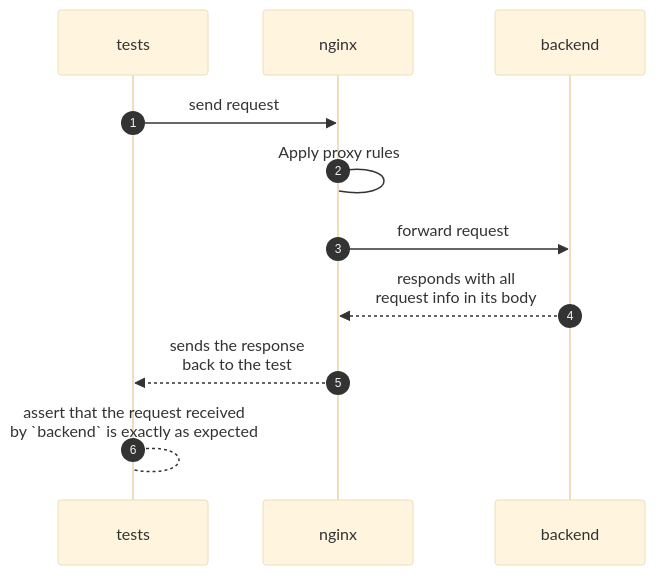
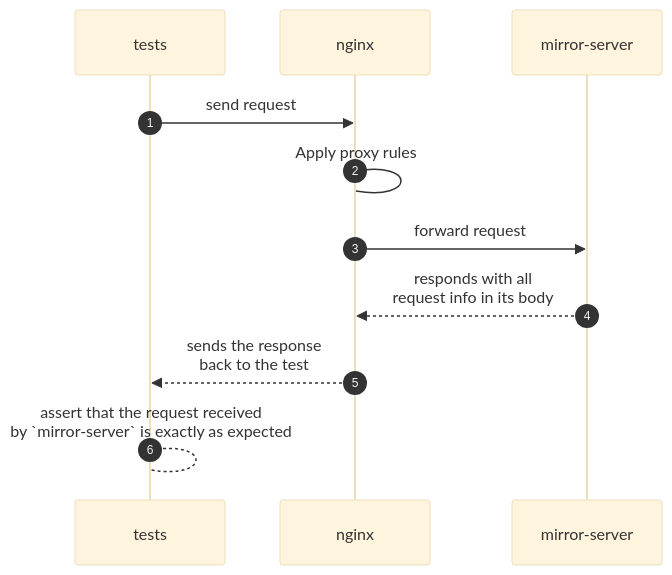
Before and after one commit to dbofmmbt/mirror-server: the diagram in example/README.md, drawn with Mermaid (base theme).

Commit message:
Update sequence diagram

````diff
--- a/example/README.md
+++ b/example/README.md
@@ -21,10 +21,10 @@
 ```mermaid
 sequenceDiagram
     autonumber
     tests->>nginx: send request
     nginx->nginx: Apply proxy rules
-    nginx->>backend: forward request
-    backend-->>nginx: responds with all<br/> request info in its body
+    nginx->>mirror-server: forward request
+    mirror-server-->>nginx: responds with all<br/> request info in its body
     nginx-->>tests: sends the response<br/> back to the test
-    tests-->tests: assert that the request received<br/> by `backend` is exactly as expected
+    tests-->tests: assert that the request received<br/> by `mirror-server` is exactly as expected
 ```
````
